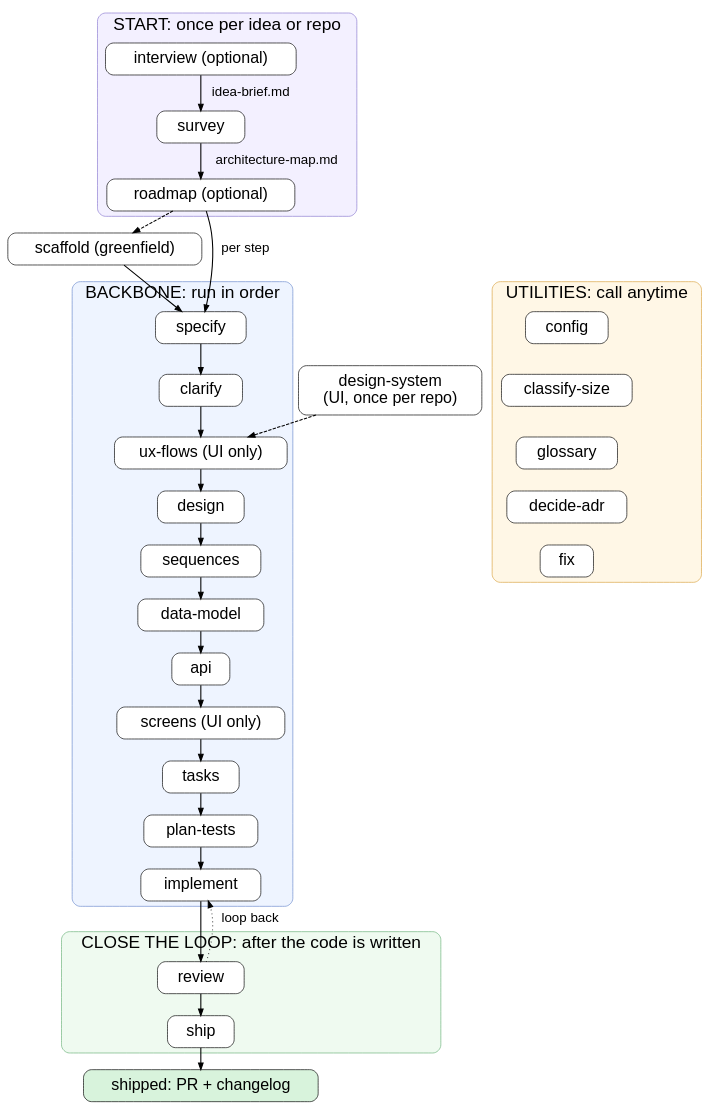
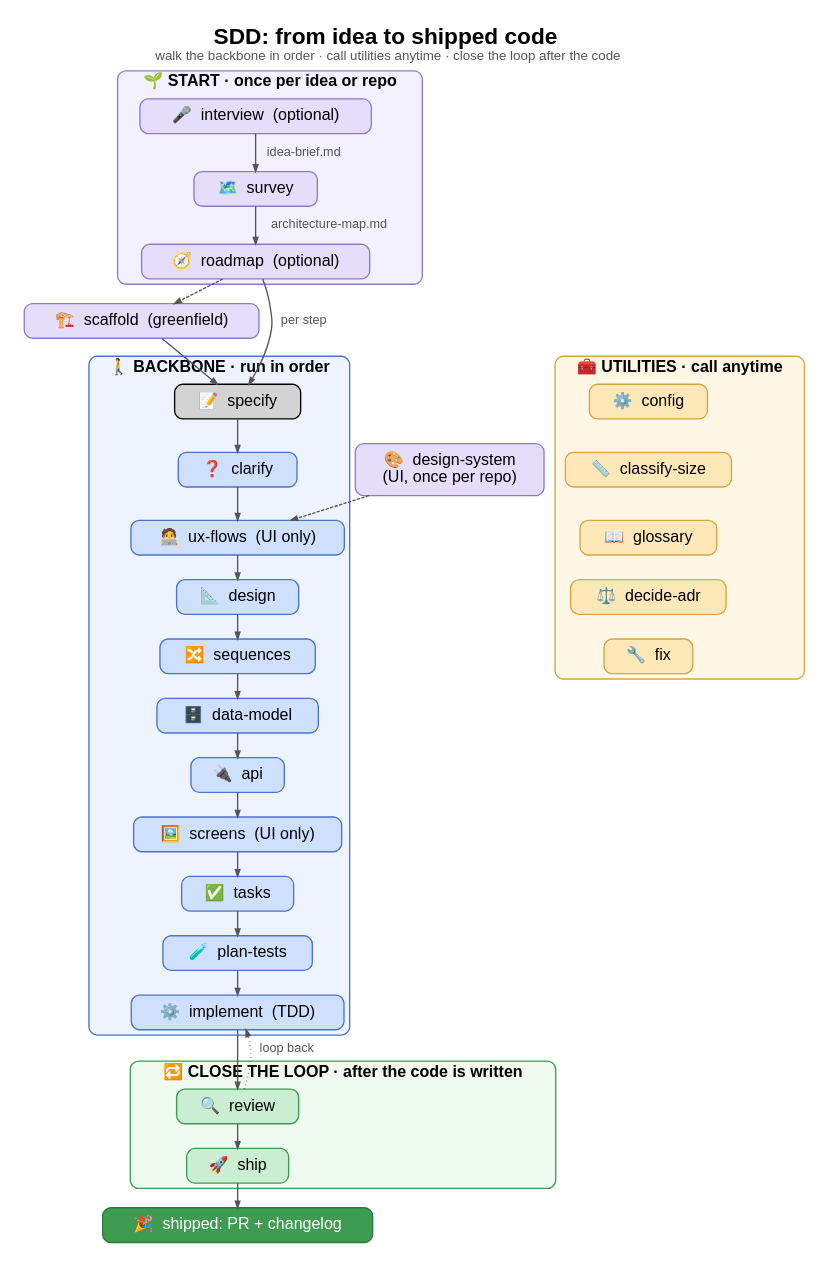
The diagram in docs/flow.dot (draarivpatel-ui/sdd), drawn with Graphviz before and after one commit. The commit also changed 1 other file, not shown here.

Commit message:
docs: add icons, colors and a title to the flow diagram

```diff
--- a/docs/flow.dot
+++ b/docs/flow.dot
@@ -1,58 +1,74 @@
 // The SDD flow: backbone (run in order), utilities (call anytime), close the loop.
 // Render: dot -Tsvg docs/flow.dot -o docs/flow.svg
 digraph sdd {
   rankdir=TB;
-  nodesep=0.4; ranksep=0.45; newrank=true;
-  fontname="Helvetica"; fontsize=26;
-  node [shape=box, style="rounded,filled", fillcolor="#ffffff", fontname="Helvetica", fontsize=24, margin="0.35,0.15"];
-  edge [fontname="Helvetica", fontsize=20, penwidth=1.6];
+  nodesep=0.45; ranksep=0.5; newrank=true; pad=0.4; bgcolor="white";
+  label=<<B>SDD: from idea to shipped code</B><BR/><FONT POINT-SIZE="20" COLOR="#555555">walk the backbone in order · call utilities anytime · close the loop after the code</FONT>>;
+  labelloc=t; fontname="Helvetica"; fontsize=34;
+  node [shape=box, style="rounded,filled", fontname="Helvetica", fontsize=24, margin="0.4,0.18", penwidth=2];
+  edge [fontname="Helvetica", fontsize=19, penwidth=2, color="#555555", fontcolor="#555555"];
 
-  // entry: once per idea / repo
+  // START
   subgraph cluster_entry {
-    label="START: once per idea or repo"; labeljust=l;
-    style="rounded,filled"; fillcolor="#f3f0ff"; color="#8b7bd0";
-    interview [label="interview (optional)"];
-    survey    [label="survey"];
-    roadmap   [label="roadmap (optional)"];
+    label="🌱 START · once per idea or repo"; labeljust=l; fontsize=24; fontname="Helvetica-Bold";
+    style="rounded,filled"; fillcolor="#f3f0ff"; color="#8b7bd0"; penwidth=2;
+    node [fillcolor="#e4defa", color="#8b7bd0"];
+    interview [label="🎤  interview  (optional)"];
+    survey    [label="🗺️  survey"];
+    roadmap   [label="🧭  roadmap  (optional)"];
     interview -> survey [label="  idea-brief.md"];
     survey -> roadmap   [label="  architecture-map.md"];
   }
-  scaffold [label="scaffold (greenfield)"];
+  scaffold [label="🏗️  scaffold  (greenfield)", fillcolor="#e4defa", color="#8b7bd0"];
   roadmap -> scaffold [style=dashed];
   roadmap -> specify  [label="  per step"];
   scaffold -> specify;
 
-  // backbone: one straight line
+  // BACKBONE
   subgraph cluster_backbone {
-    label="BACKBONE: run in order"; labeljust=l;
-    style="rounded,filled"; fillcolor="#eef4ff"; color="#6b8cce";
-    specify; clarify;
-    uxflows [label="ux-flows (UI only)"];
-    design; sequences; datamodel [label="data-model"]; api;
-    screens [label="screens (UI only)"];
-    tasks; plantests [label="plan-tests"]; implement;
+    label="🚶 BACKBONE · run in order"; labeljust=l; fontsize=24; fontname="Helvetica-Bold";
+    style="rounded,filled"; fillcolor="#eef4ff"; color="#4a74c9"; penwidth=2;
+    node [fillcolor="#cfe0ff", color="#4a74c9"];
+    specify   [label="📝  specify"];
+    clarify   [label="❓  clarify"];
+    uxflows   [label="🧑‍💻  ux-flows  (UI only)"];
+    design    [label="📐  design"];
+    sequences [label="🔀  sequences"];
+    datamodel [label="🗄️  data-model"];
+    api       [label="🔌  api"];
+    screens   [label="🖼️  screens  (UI only)"];
+    tasks     [label="✅  tasks"];
+    plantests [label="🧪  plan-tests"];
+    implement [label="⚙️  implement  (TDD)"];
     specify -> clarify -> uxflows -> design -> sequences -> datamodel -> api -> screens -> tasks -> plantests -> implement;
   }
+  designsys [label="🎨  design-system\n(UI, once per repo)", fillcolor="#e4defa", color="#8b7bd0"];
+  designsys -> uxflows [style=dashed];
 
-  // close the loop
+  // CLOSE THE LOOP
   subgraph cluster_close {
-    label="CLOSE THE LOOP: after the code is written"; labeljust=l;
-    style="rounded,filled"; fillcolor="#effaf0"; color="#6bb27a";
-    review; ship;
+    label="🔁 CLOSE THE LOOP · after the code is written"; labeljust=l; fontsize=24; fontname="Helvetica-Bold";
+    style="rounded,filled"; fillcolor="#effaf0"; color="#3f9b52"; penwidth=2;
+    node [fillcolor="#c9eed1", color="#3f9b52"];
+    review [label="🔍  review"];
+    ship   [label="🚀  ship"];
   }
   implement -> review -> ship;
   review -> implement [style=dotted, constraint=false, label="  loop back"];
-  done [label="shipped: PR + changelog", shape=box, style="rounded,filled", fillcolor="#d8f3dc"];
+  done [label="🎉  shipped: PR + changelog", fillcolor="#3f9b52", color="#2b7a3c", fontcolor="white"];
   ship -> done;
 
-  // utilities: call anytime, beside the backbone
+  // UTILITIES
   subgraph cluster_util {
-    label="UTILITIES: call anytime"; labeljust=l;
-    style="rounded,filled"; fillcolor="#fff7e6"; color="#d9a441";
-    config; classifysize [label="classify-size"]; glossary; decideadr [label="decide-adr"]; fix;
+    label="🧰 UTILITIES · call anytime"; labeljust=l; fontsize=24; fontname="Helvetica-Bold";
+    style="rounded,filled"; fillcolor="#fff7e6"; color="#d9a441"; penwidth=2;
+    node [fillcolor="#ffe8b8", color="#d9a441"];
+    config       [label="⚙️  config"];
+    classifysize [label="📏  classify-size"];
+    glossary     [label="📖  glossary"];
+    decideadr    [label="⚖️  decide-adr"];
+    fix          [label="🔧  fix"];
     config -> classifysize -> glossary -> decideadr -> fix [style=invis];
   }
-  designsys [label="design-system\n(UI, once per repo)"];
-  designsys -> uxflows [style=dashed];
   { rank=same; specify; config; }
 }
```
